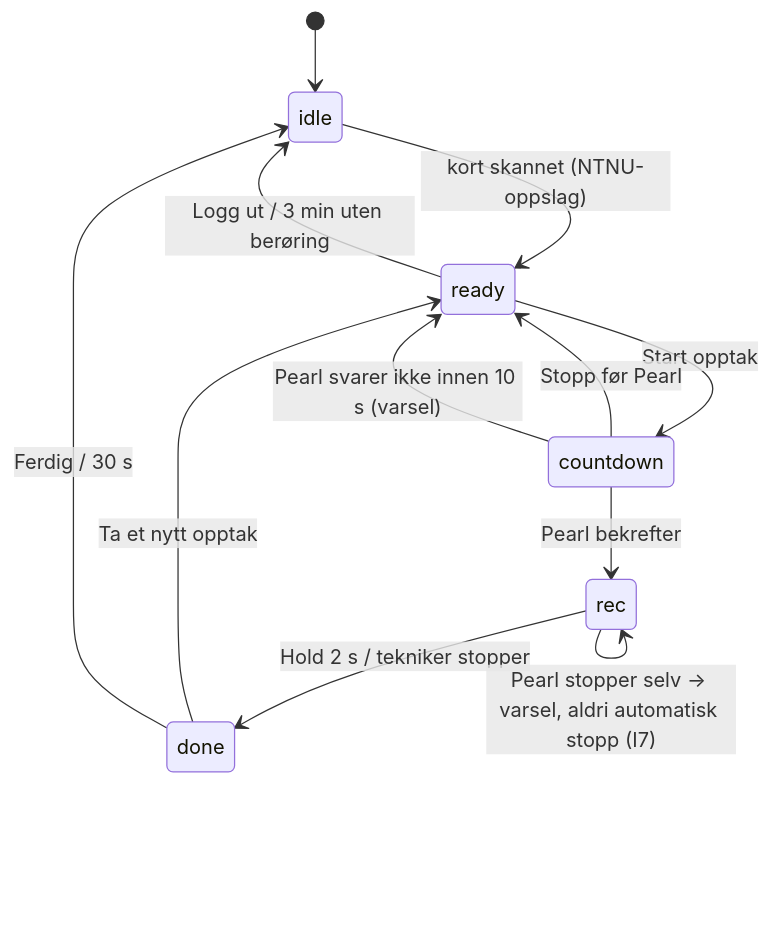
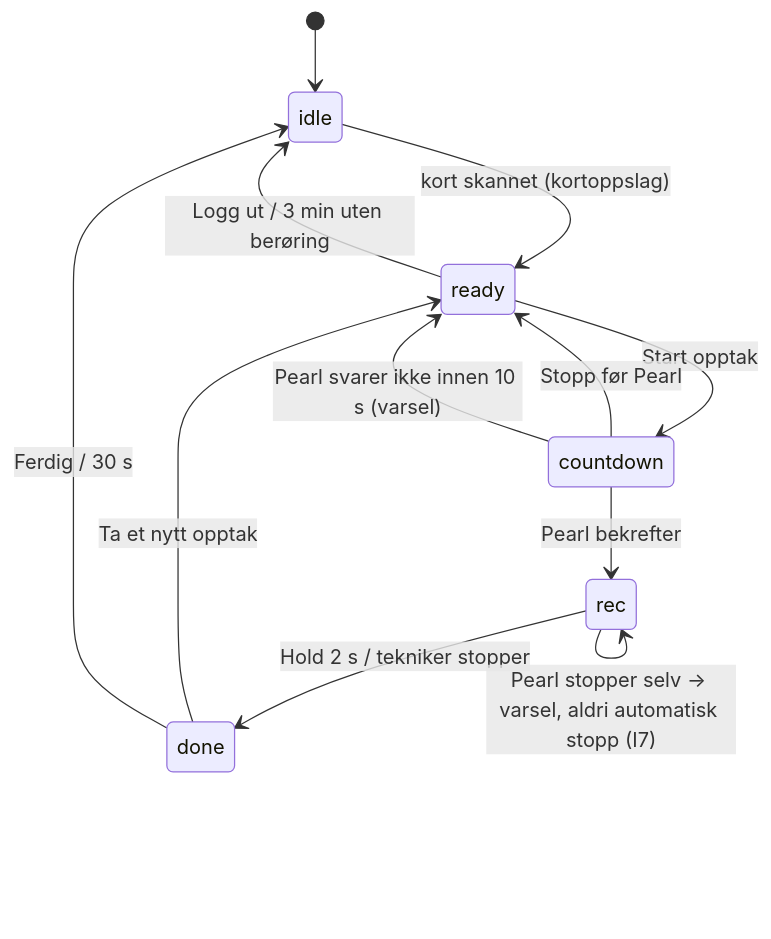
One commit to multimediesenteret/CutCutStudio changed the fourth of 5 diagrams in docs/architecture/README.md. Above: the diagram before and after it, drawn with Mermaid. The commit also changed other lines of this file and 105 other files, not shown here.

````diff
--- a/docs/architecture/README.md
+++ b/docs/architecture/README.md
@@ -103,14 +103,14 @@
 ```mermaid
 stateDiagram-v2
   [*] --> idle
-  idle --> ready: kort skannet (NTNU-oppslag)
+  idle --> ready: kort skannet (kortoppslag)
   ready --> countdown: Start opptak
   ready --> idle: Logg ut / 3 min uten berøring
   countdown --> ready: Stopp før Pearl
   countdown --> rec: Pearl bekrefter
   countdown --> ready: Pearl svarer ikke innen 10 s (varsel)
   rec --> done: Hold 2 s / tekniker stopper
   rec --> rec: Pearl stopper selv → varsel, aldri automatisk stopp (I7)
   done --> ready: Ta et nytt opptak
   done --> idle: Ferdig / 30 s
 ```
````
